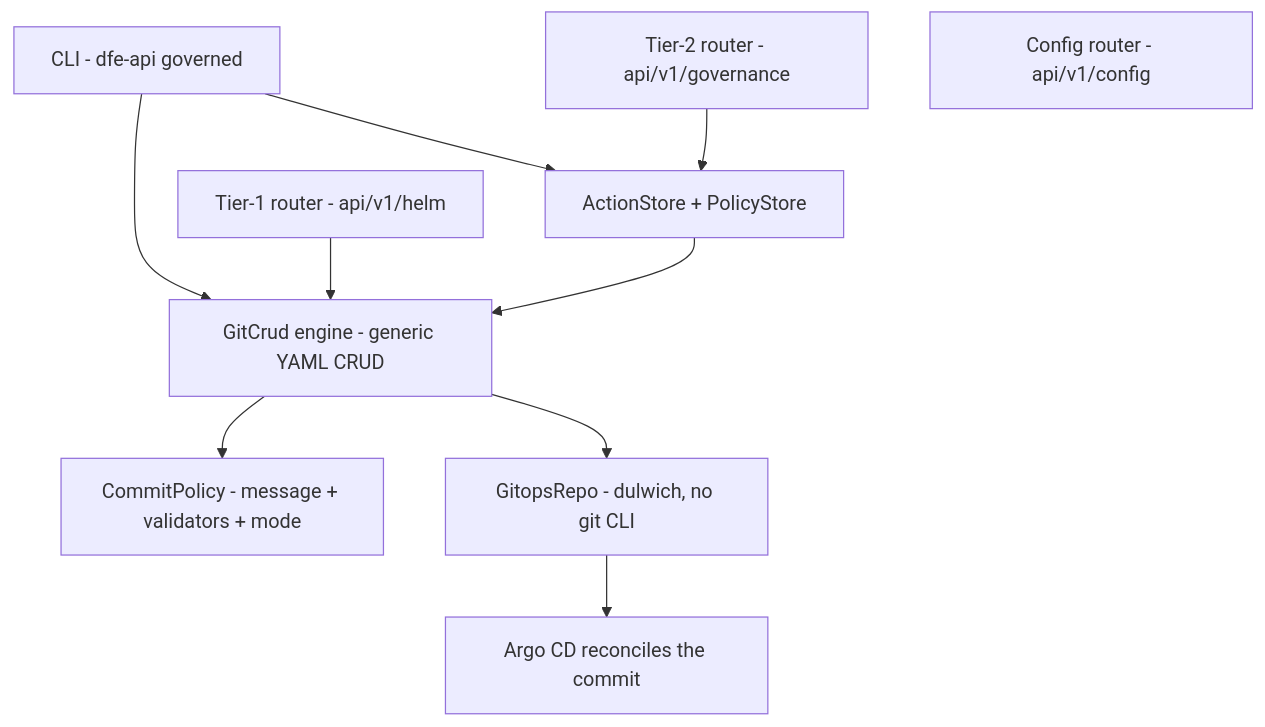
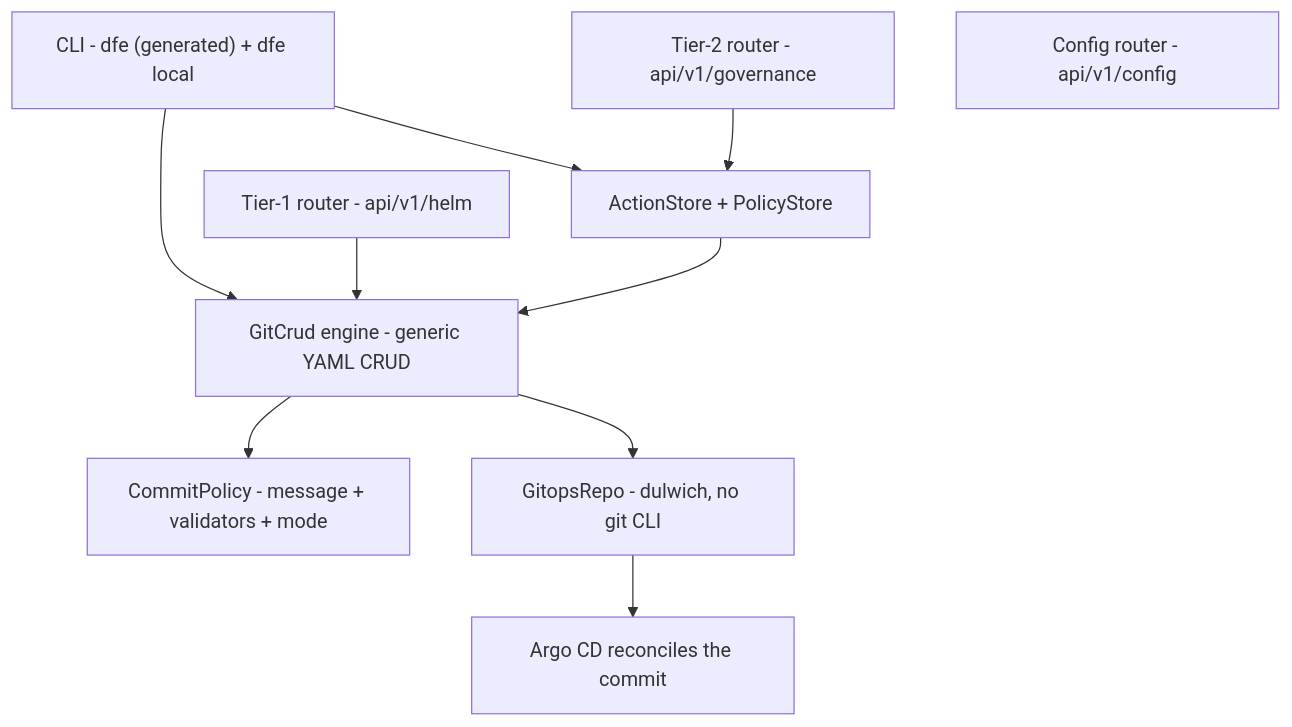
Before and after one commit to hyperi-io/dfe-engine: the first of 8 diagrams in docs/GOVERNED-OPS-DESIGN.md, drawn with Mermaid. The commit also changed other lines of this file and 11 other files, not shown here.

First line of the commit message:
docs: reconcile CLI/architecture docs; add docker-dev guide

````diff
--- a/docs/GOVERNED-OPS-DESIGN.md
+++ b/docs/GOVERNED-OPS-DESIGN.md
@@ -22,21 +22,21 @@
 ```mermaid
 graph TD
-    CLI["CLI - dfe-api governed"]
+    CLI["CLI - dfe (generated) + dfe local"]
     HelmRouter["Tier-1 router - api/v1/helm"]
     GovRouter["Tier-2 router - api/v1/governance"]
     ConfigRouter["Config router - api/v1/config"]
     Actions["ActionStore + PolicyStore"]
     GitCrud["GitCrud engine - generic YAML CRUD"]
     CommitPolicy["CommitPolicy - message + validators + mode"]
     Repo["GitopsRepo - dulwich, no git CLI"]
     Argo["Argo CD reconciles the commit"]
 
     CLI --> GitCrud
     CLI --> Actions
     HelmRouter --> GitCrud
     GovRouter --> Actions
     Actions --> GitCrud
     GitCrud --> CommitPolicy
     GitCrud --> Repo
     Repo --> Argo
 ```
````
